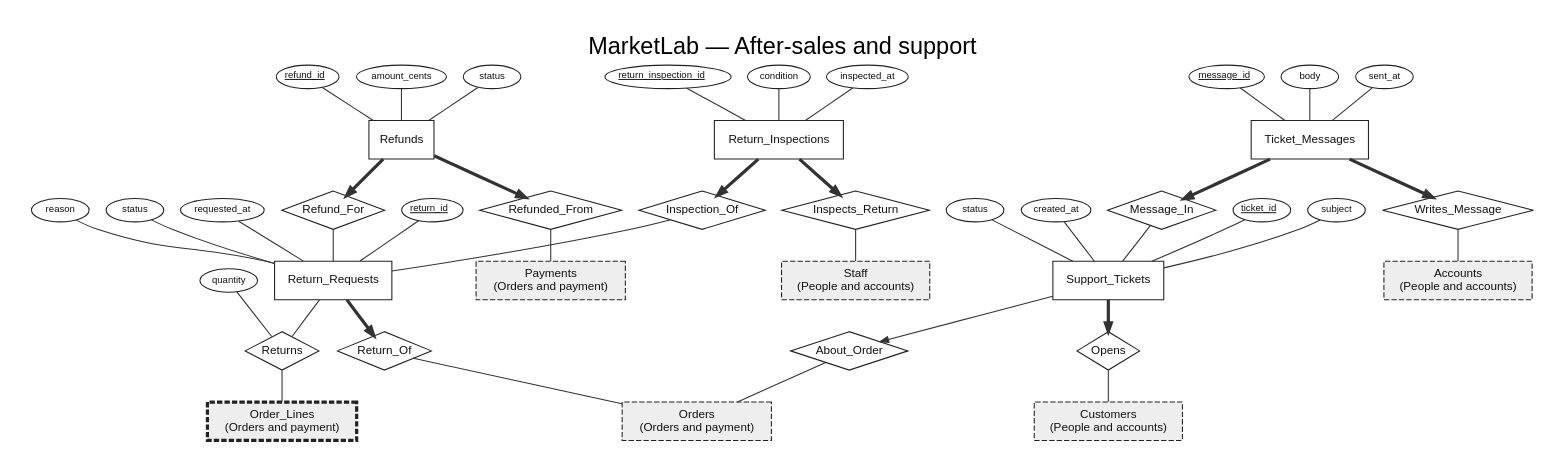
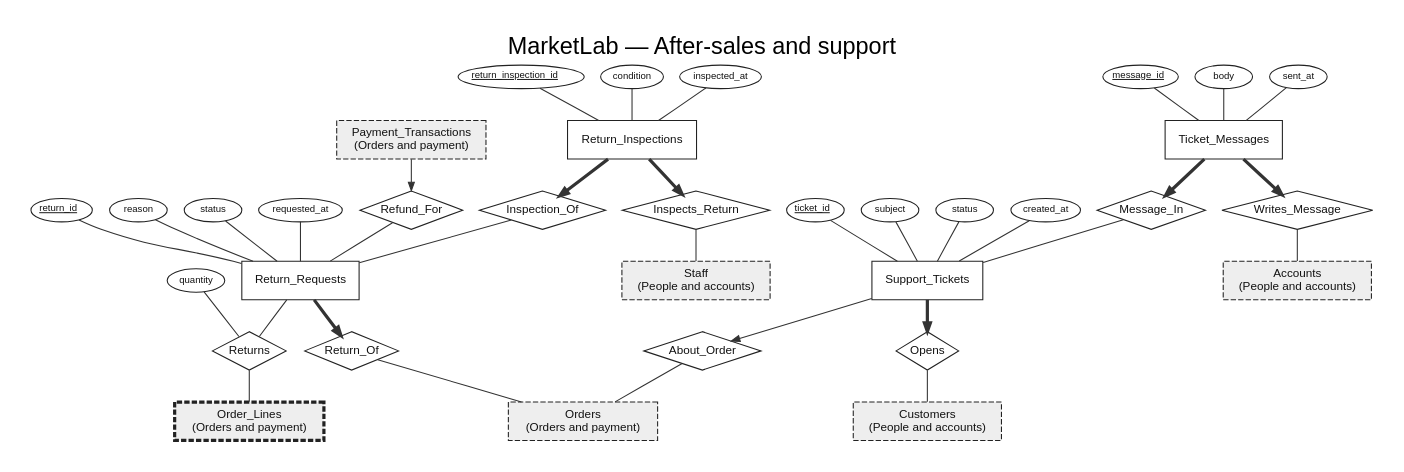
One commit to Barlassen/CS_202_Project changed the diagram in docs/er/area-aftersales.dot. Above: the diagram before and after it, drawn with Graphviz. The commit also changed 50 other files, not shown here.

```diff
--- a/docs/er/area-aftersales.dot
+++ b/docs/er/area-aftersales.dot
@@ -1,88 +1,78 @@
 digraph ER {
 graph [compound=true, rankdir=TB, newrank=true, nodesep=0.22, ranksep=0.42, fontname="Helvetica", fontsize=22, labelloc=t, label="MarketLab — After-sales and support", pad=0.3];
 node [fontname="Helvetica", fontsize=11, color="#222222", fontcolor="#111111"];
 edge [color="#333333", arrowsize=0.8, fontname="Helvetica", fontsize=9];
 E_accounts [shape=box, style="filled,dashed", fillcolor="#eeeeee", penwidth=1, label="Accounts
 (People and accounts)"];
 E_customers [shape=box, style="filled,dashed", fillcolor="#eeeeee", penwidth=1, label="Customers
 (People and accounts)"];
 E_order_lines [shape=box, style="filled,dashed", fillcolor="#eeeeee", penwidth=3, label="Order_Lines
 (Orders and payment)"];
 E_orders [shape=box, style="filled,dashed", fillcolor="#eeeeee", penwidth=1, label="Orders
 (Orders and payment)"];
-E_payments [shape=box, style="filled,dashed", fillcolor="#eeeeee", penwidth=1, label="Payments
+E_payment_transactions [shape=box, style="filled,dashed", fillcolor="#eeeeee", penwidth=1, label="Payment_Transactions
 (Orders and payment)"];
-E_refunds [shape=box, penwidth=1, label="Refunds"];
-A__refunds__refund_id [shape=ellipse, fontsize=9, margin="0.04,0.02", height=0.3, label=<<U>refund_id</U>>];
-A__refunds__refund_id -> E_refunds [dir=none];
-A__refunds__amount_cents [shape=ellipse, fontsize=9, margin="0.04,0.02", height=0.3, label="amount_cents"];
-A__refunds__amount_cents -> E_refunds [dir=none];
-A__refunds__status [shape=ellipse, fontsize=9, margin="0.04,0.02", height=0.3, label="status"];
-A__refunds__status -> E_refunds [dir=none];
 E_return_inspections [shape=box, penwidth=1, label="Return_Inspections"];
 A__return_inspections__return_inspection_id [shape=ellipse, fontsize=9, margin="0.04,0.02", height=0.3, label=<<U>return_inspection_id</U>>];
 A__return_inspections__return_inspection_id -> E_return_inspections [dir=none];
 A__return_inspections__condition [shape=ellipse, fontsize=9, margin="0.04,0.02", height=0.3, label="condition"];
 A__return_inspections__condition -> E_return_inspections [dir=none];
 A__return_inspections__inspected_at [shape=ellipse, fontsize=9, margin="0.04,0.02", height=0.3, label="inspected_at"];
 A__return_inspections__inspected_at -> E_return_inspections [dir=none];
 E_return_requests [shape=box, penwidth=1, label="Return_Requests"];
 A__return_requests__return_id [shape=ellipse, fontsize=9, margin="0.04,0.02", height=0.3, label=<<U>return_id</U>>];
 A__return_requests__return_id -> E_return_requests [dir=none];
 A__return_requests__reason [shape=ellipse, fontsize=9, margin="0.04,0.02", height=0.3, label="reason"];
 A__return_requests__reason -> E_return_requests [dir=none];
 A__return_requests__status [shape=ellipse, fontsize=9, margin="0.04,0.02", height=0.3, label="status"];
 A__return_requests__status -> E_return_requests [dir=none];
 A__return_requests__requested_at [shape=ellipse, fontsize=9, margin="0.04,0.02", height=0.3, label="requested_at"];
 A__return_requests__requested_at -> E_return_requests [dir=none];
 E_staff [shape=box, style="filled,dashed", fillcolor="#eeeeee", penwidth=1, label="Staff
 (People and accounts)"];
 E_support_tickets [shape=box, penwidth=1, label="Support_Tickets"];
 A__support_tickets__ticket_id [shape=ellipse, fontsize=9, margin="0.04,0.02", height=0.3, label=<<U>ticket_id</U>>];
 A__support_tickets__ticket_id -> E_support_tickets [dir=none];
 A__support_tickets__subject [shape=ellipse, fontsize=9, margin="0.04,0.02", height=0.3, label="subject"];
 A__support_tickets__subject -> E_support_tickets [dir=none];
 A__support_tickets__status [shape=ellipse, fontsize=9, margin="0.04,0.02", height=0.3, label="status"];
 A__support_tickets__status -> E_support_tickets [dir=none];
 A__support_tickets__created_at [shape=ellipse, fontsize=9, margin="0.04,0.02", height=0.3, label="created_at"];
 A__support_tickets__created_at -> E_support_tickets [dir=none];
 E_ticket_messages [shape=box, penwidth=1, label="Ticket_Messages"];
 A__ticket_messages__message_id [shape=ellipse, fontsize=9, margin="0.04,0.02", height=0.3, label=<<U>message_id</U>>];
 A__ticket_messages__message_id -> E_ticket_messages [dir=none];
 A__ticket_messages__body [shape=ellipse, fontsize=9, margin="0.04,0.02", height=0.3, label="body"];
 A__ticket_messages__body -> E_ticket_messages [dir=none];
 A__ticket_messages__sent_at [shape=ellipse, fontsize=9, margin="0.04,0.02", height=0.3, label="sent_at"];
 A__ticket_messages__sent_at -> E_ticket_messages [dir=none];
-R82 [shape=diamond, penwidth=1, margin="0.02,0.02", label="Return_Of"];
-E_return_requests -> R82 [dir=forward, arrowhead=normal, penwidth=3];
-R82 -> E_orders [dir=none];
-R83 [shape=diamond, penwidth=1, margin="0.02,0.02", label="Refunded_From"];
-E_refunds -> R83 [dir=forward, arrowhead=normal, penwidth=3];
-R83 -> E_payments [dir=none];
-R84 [shape=diamond, penwidth=1, margin="0.02,0.02", label="Refund_For"];
-E_refunds -> R84 [dir=forward, arrowhead=normal, penwidth=3];
-R84 -> E_return_requests [dir=none];
-R85 [shape=diamond, penwidth=1, margin="0.02,0.02", label="Inspects_Return"];
-E_return_inspections -> R85 [dir=forward, arrowhead=normal, penwidth=3];
-R85 -> E_staff [dir=none];
-R86 [shape=diamond, penwidth=1, margin="0.02,0.02", label="Inspection_Of"];
-E_return_inspections -> R86 [dir=forward, arrowhead=normal, penwidth=3];
-R86 -> E_return_requests [dir=none];
-R87 [shape=diamond, penwidth=1, margin="0.02,0.02", label="About_Order"];
-E_support_tickets -> R87 [dir=forward, arrowhead=normal];
-R87 -> E_orders [dir=none];
-R88 [shape=diamond, penwidth=1, margin="0.02,0.02", label="Opens"];
-E_support_tickets -> R88 [dir=forward, arrowhead=normal, penwidth=3];
-R88 -> E_customers [dir=none];
-R89 [shape=diamond, penwidth=1, margin="0.02,0.02", label="Writes_Message"];
-E_ticket_messages -> R89 [dir=forward, arrowhead=normal, penwidth=3];
-R89 -> E_accounts [dir=none];
-R90 [shape=diamond, penwidth=1, margin="0.02,0.02", label="Message_In"];
-E_ticket_messages -> R90 [dir=forward, arrowhead=normal, penwidth=3];
-R90 -> E_support_tickets [dir=none];
-R102 [shape=diamond, penwidth=1, margin="0.02,0.02", label="Returns"];
-RA102__quantity [shape=ellipse, fontsize=9, margin="0.04,0.02", height=0.3, label="quantity"];
-RA102__quantity -> R102 [dir=none];
-E_return_requests -> R102 [dir=none];
-R102 -> E_order_lines [dir=none];
+R64 [shape=diamond, penwidth=1, margin="0.02,0.02", label="Refund_For"];
+E_payment_transactions -> R64 [dir=forward, arrowhead=normal];
+R64 -> E_return_requests [dir=none];
+R80 [shape=diamond, penwidth=1, margin="0.02,0.02", label="Return_Of"];
+E_return_requests -> R80 [dir=forward, arrowhead=normal, penwidth=3];
+R80 -> E_orders [dir=none];
+R81 [shape=diamond, penwidth=1, margin="0.02,0.02", label="Inspects_Return"];
+E_return_inspections -> R81 [dir=forward, arrowhead=normal, penwidth=3];
+R81 -> E_staff [dir=none];
+R82 [shape=diamond, penwidth=1, margin="0.02,0.02", label="Inspection_Of"];
+E_return_inspections -> R82 [dir=forward, arrowhead=normal, penwidth=3];
+R82 -> E_return_requests [dir=none];
+R83 [shape=diamond, penwidth=1, margin="0.02,0.02", label="About_Order"];
+E_support_tickets -> R83 [dir=forward, arrowhead=normal];
+R83 -> E_orders [dir=none];
+R84 [shape=diamond, penwidth=1, margin="0.02,0.02", label="Opens"];
+E_support_tickets -> R84 [dir=forward, arrowhead=normal, penwidth=3];
+R84 -> E_customers [dir=none];
+R85 [shape=diamond, penwidth=1, margin="0.02,0.02", label="Writes_Message"];
+E_ticket_messages -> R85 [dir=forward, arrowhead=normal, penwidth=3];
+R85 -> E_accounts [dir=none];
+R86 [shape=diamond, penwidth=1, margin="0.02,0.02", label="Message_In"];
+E_ticket_messages -> R86 [dir=forward, arrowhead=normal, penwidth=3];
+R86 -> E_support_tickets [dir=none];
+R98 [shape=diamond, penwidth=1, margin="0.02,0.02", label="Returns"];
+RA98__quantity [shape=ellipse, fontsize=9, margin="0.04,0.02", height=0.3, label="quantity"];
+RA98__quantity -> R98 [dir=none];
+E_return_requests -> R98 [dir=none];
+R98 -> E_order_lines [dir=none];
 }
```
